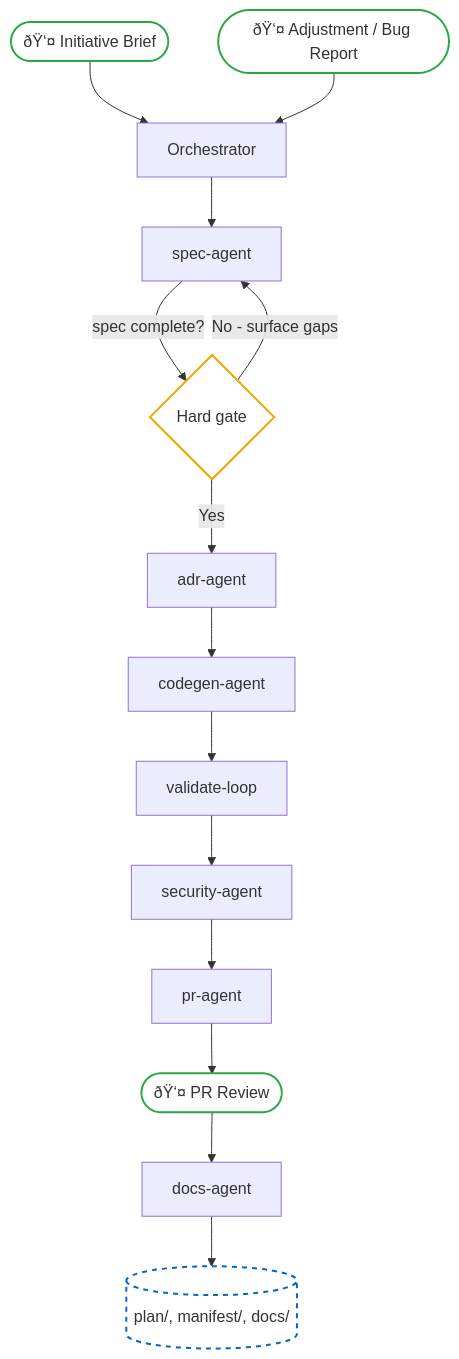
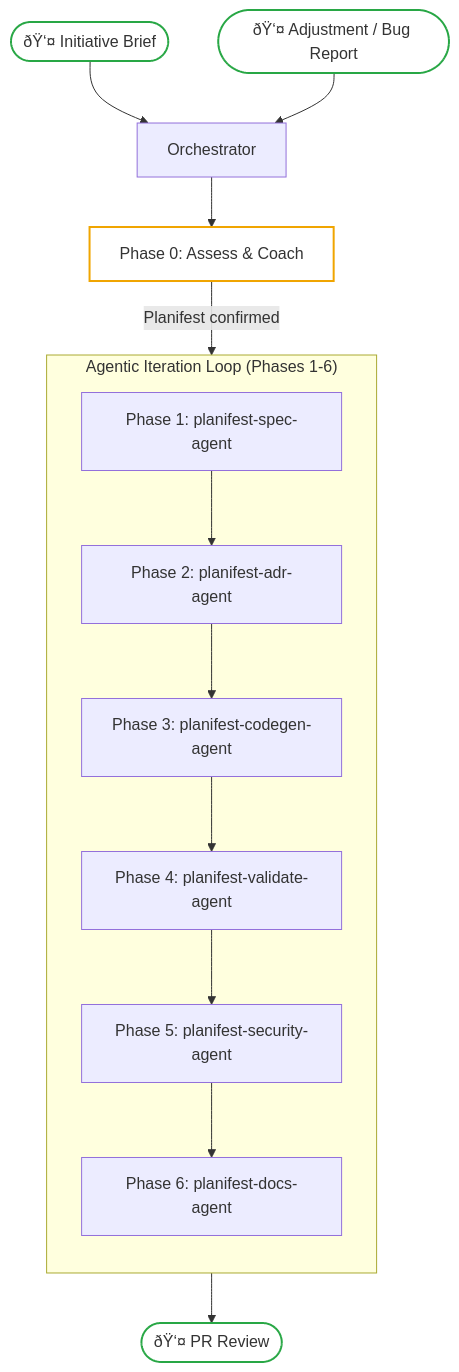
The first of 5 diagrams in planifest-docs/p001-planifest-master-plan.md (planifest/planifest-website), drawn with Mermaid before and after one commit. The commit also changed other lines of this file and 6 other files, not shown here.

````diff
--- a/planifest-docs/p001-planifest-master-plan.md
+++ b/planifest-docs/p001-planifest-master-plan.md
@@ -54,23 +54,25 @@
 ```mermaid
 flowchart TD
     A([ðŸ‘¤ Initiative Brief]) --> ORCH[Orchestrator]
     Z([ðŸ‘¤ Adjustment / Bug Report]) --> ORCH
 
-    ORCH --> SA[spec-agent]
-    SA -->|spec complete?| GATE1{Hard gate}
-    GATE1 -->|No - surface gaps| SA
-    GATE1 -->|Yes| AA[adr-agent]
-    AA --> CA[codegen-agent]
-    CA --> VA[validate-loop]
-    VA --> SEC[security-agent]
-    SEC --> PRA[pr-agent]
-    PRA --> HGATE([ðŸ‘¤ PR Review])
-    HGATE --> DA[docs-agent]
-    DA --> DKS[(plan/, manifest/, docs/)]
+    ORCH --> PHASE0[Phase 0: Assess & Coach]
+    PHASE0 -->|Planifest confirmed| LOOP
+    
+    subgraph LOOP["Agentic Iteration Loop (Phases 1-6)"]
+        direction TB
+        PHASE1[Phase 1: planifest-spec-agent]
+        PHASE1 --> PHASE2[Phase 2: planifest-adr-agent]
+        PHASE2 --> PHASE3[Phase 3: planifest-codegen-agent]
+        PHASE3 --> PHASE4[Phase 4: planifest-validate-agent]
+        PHASE4 --> PHASE5[Phase 5: planifest-security-agent]
+        PHASE5 --> PHASE6[Phase 6: planifest-docs-agent]
+    end
+    
+    PHASE6 --> HGATE([ðŸ‘¤ PR Review])
 
     style A fill:transparent,stroke:#28a745,stroke-width:2px
     style Z fill:transparent,stroke:#28a745,stroke-width:2px
     style HGATE fill:transparent,stroke:#28a745,stroke-width:2px
-    style GATE1 fill:transparent,stroke:#f0a500,stroke-width:2px
-    style DKS fill:transparent,stroke:#0066cc,stroke-width:2px,stroke-dasharray: 5 5
+    style PHASE0 fill:transparent,stroke:#f0a500,stroke-width:2px
 ```
````
